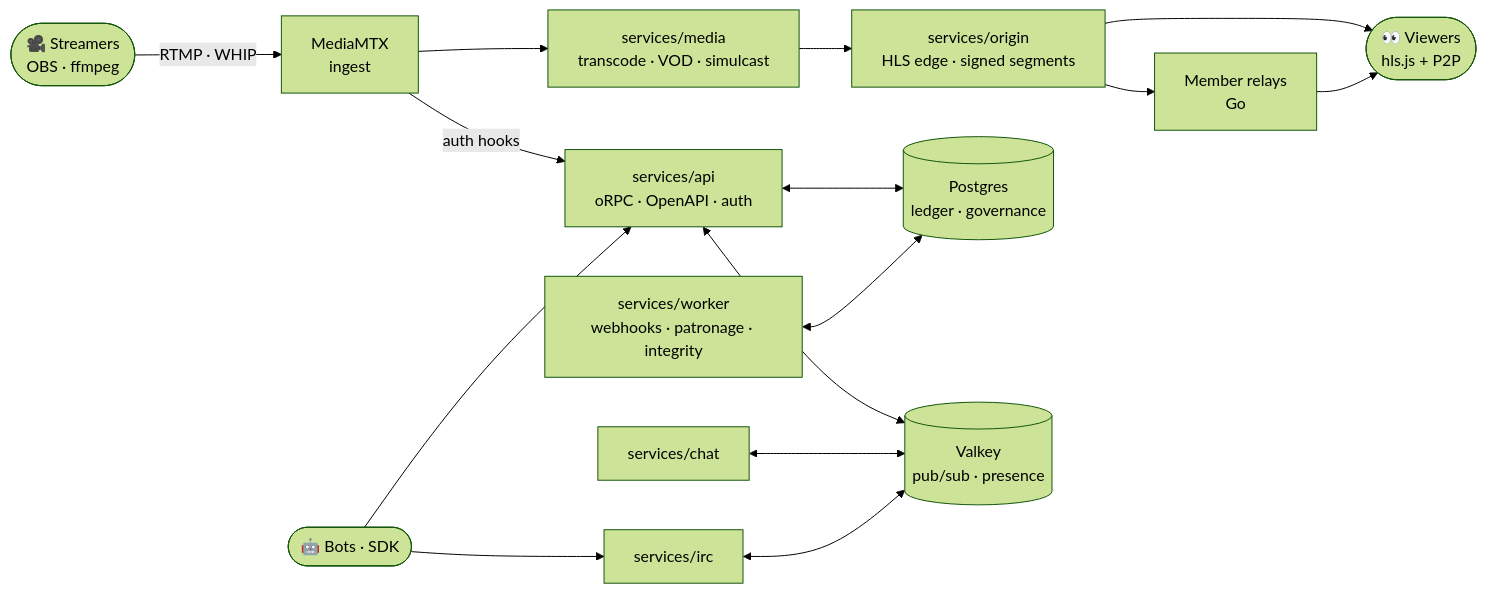
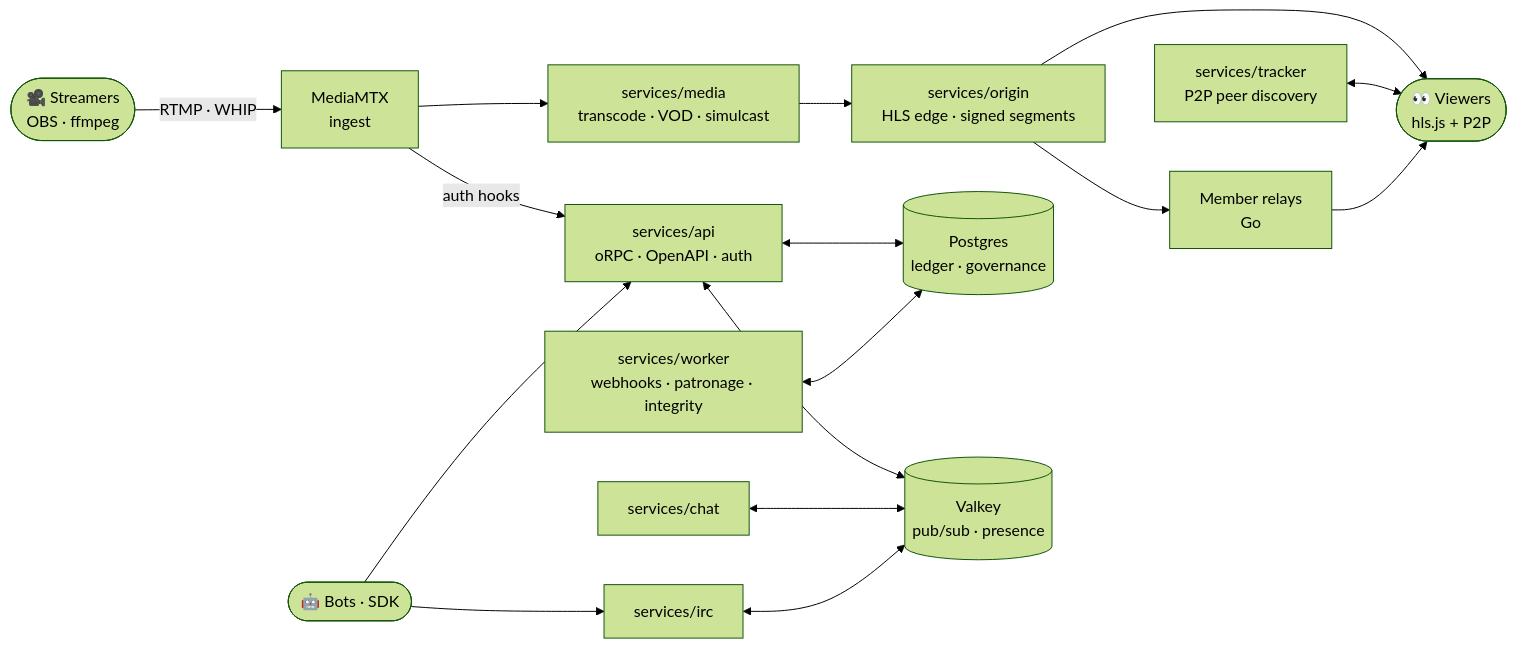
Before and after one commit to abolishus/commonair: the diagram in README.md, drawn with Mermaid (forest theme). The commit also changed other lines of this file and 3 other files, not shown here.

````diff
--- a/README.md
+++ b/README.md
@@ -109,16 +109,17 @@
 ```mermaid
 flowchart LR
   S(["🎥 Streamers<br/>OBS · ffmpeg"]) -- "RTMP · WHIP" --> M["MediaMTX<br/>ingest"]
   M -- auth hooks --> API["services/api<br/>oRPC · OpenAPI · auth"]
   M --> MEDIA["services/media<br/>transcode · VOD · simulcast"]
   MEDIA --> O["services/origin<br/>HLS edge · signed segments"]
   O --> V(["👀 Viewers<br/>hls.js + P2P"])
+  T["services/tracker<br/>P2P peer discovery"] <--> V
   O --> R["Member relays<br/>Go"] --> V
   API <--> DB[("Postgres<br/>ledger · governance")]
   API <--> K[("Valkey<br/>pub/sub · presence")]
   CHAT["services/chat"] <--> K
   IRC["services/irc"] <--> K
   BOTS(["🤖 Bots · SDK"]) --> API
   BOTS --> IRC
   W["services/worker<br/>webhooks · patronage · integrity"] <--> DB
 ```
````
